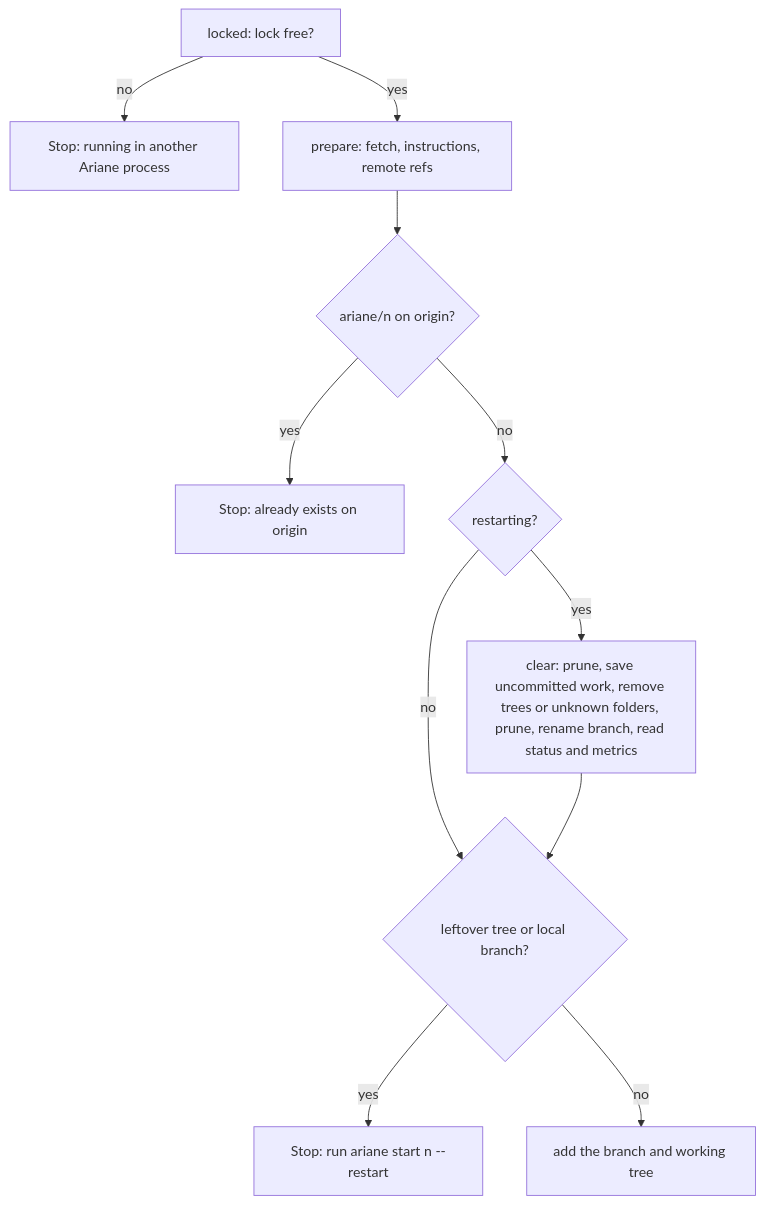
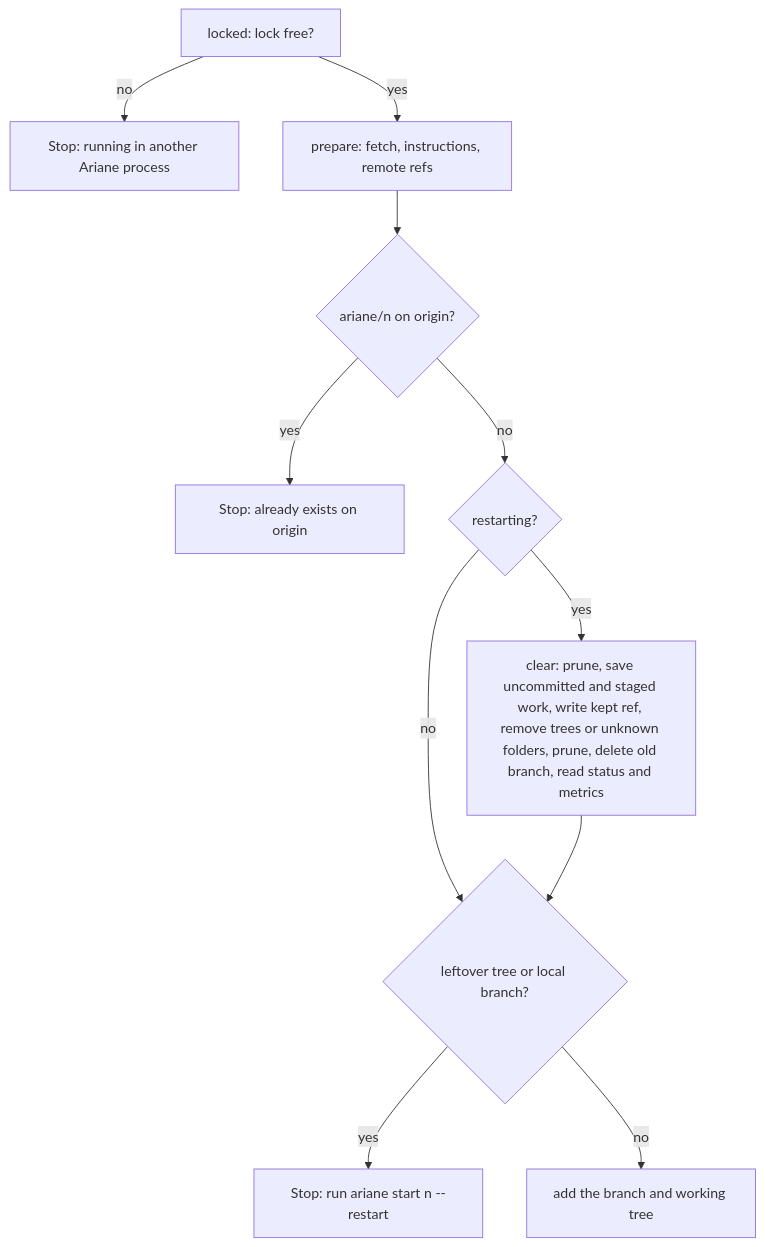
The first of 3 diagrams in docs/architecture/modules/restart.md (plaplanche/ariane), drawn with Mermaid before and after one commit. The commit also changed other lines of this file and 4 other files, not shown here.

First line of the commit message:
#140: keep the saved work reachable before removing any tree, and save staged work (C23)

````diff
--- a/docs/architecture/modules/restart.md
+++ b/docs/architecture/modules/restart.md
@@ -35,13 +35,13 @@
 ```mermaid
 flowchart TD
   A[locked: lock free?] -- no --> X[Stop: running in another Ariane process]
   A -- yes --> B[prepare: fetch, instructions, remote refs]
   B --> C{ariane/n on origin?}
   C -- yes --> Y[Stop: already exists on origin]
   C -- no --> D{restarting?}
-  D -- yes --> E[clear: prune, save uncommitted work, remove trees or unknown folders, prune, rename branch, read status and metrics]
+  D -- yes --> E[clear: prune, save uncommitted and staged work, write kept ref, remove trees or unknown folders, prune, delete old branch, read status and metrics]
   D -- no --> F{leftover tree or local branch?}
   E --> F
   F -- yes --> Z[Stop: run ariane start n --restart]
   F -- no --> G[add the branch and working tree]
 ```
````
